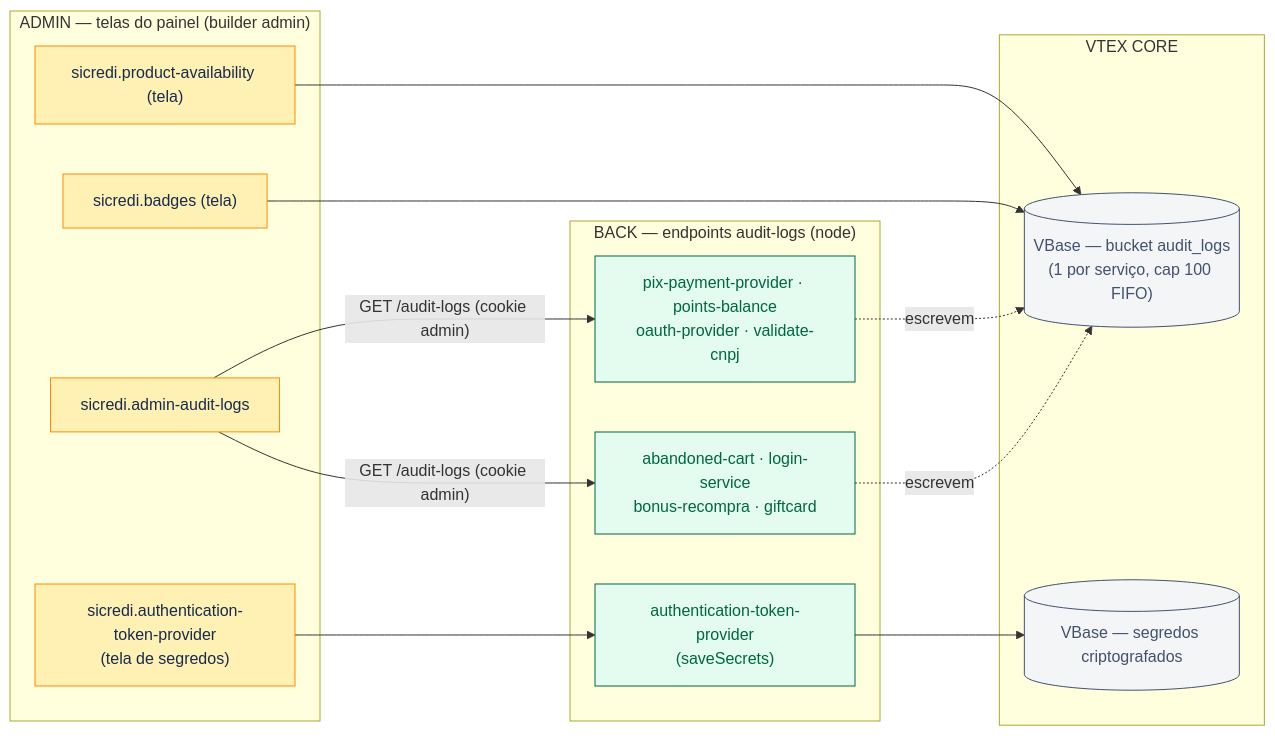
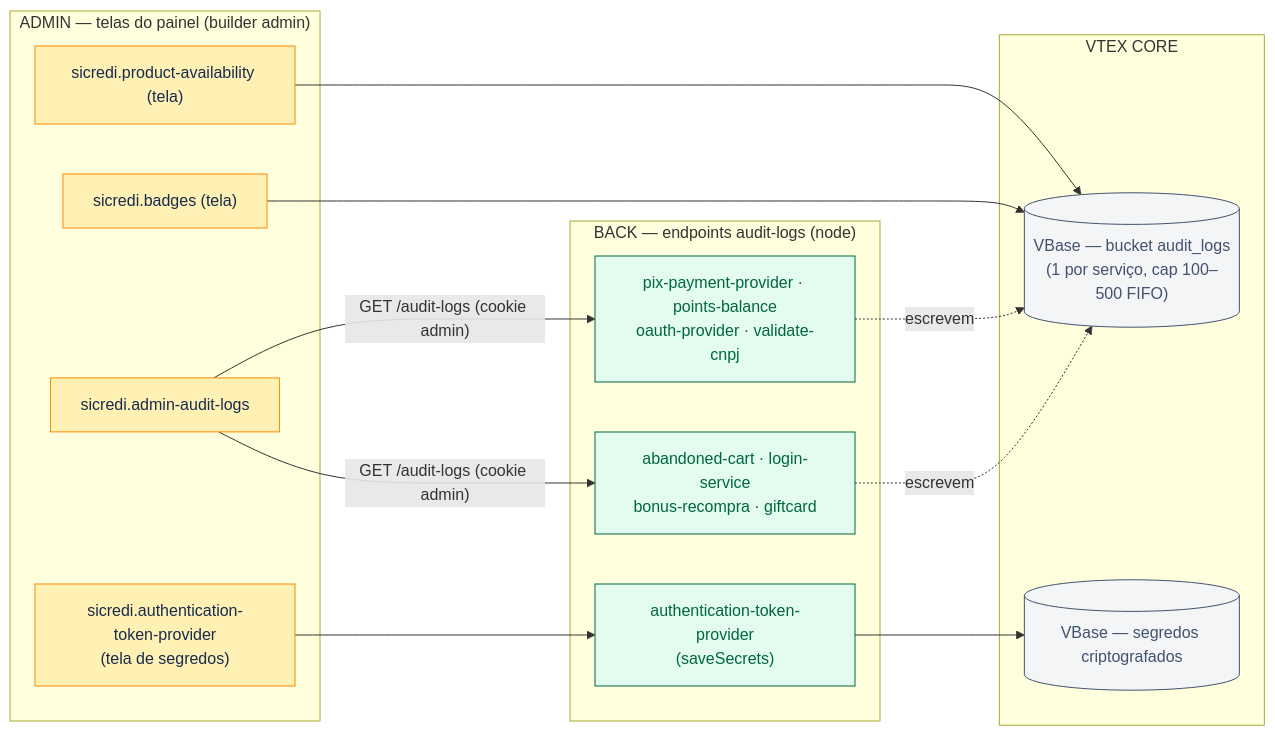
Before and after one commit to Leocadio94/sicredi.documentation: the diagram in diagrams/.src/d6-admin.mmd, drawn with Mermaid. The commit also changed 8 other files, not shown here.

Commit message:
feat: adiciona fluxo da pre-session nos diagramas

```diff
--- a/diagrams/.src/d6-admin.mmd
+++ b/diagrams/.src/d6-admin.mmd
@@ -1,33 +1,33 @@
 flowchart LR
   subgraph ADMIN["ADMIN — telas do painel (builder admin)"]
     aal["sicredi.admin-audit-logs"]:::admin
     atp_a["sicredi.authentication-token-provider<br/>(tela de segredos)"]:::admin
     bdg_a["sicredi.badges (tela)"]:::admin
     pa_a["sicredi.product-availability (tela)"]:::admin
   end
 
   subgraph BACK["BACK — endpoints audit-logs (node)"]
     w1["abandoned-cart · login-service<br/>bonus-recompra · giftcard"]:::back
     w2["pix-payment-provider · points-balance<br/>oauth-provider · validate-cnpj"]:::back
     atp_b["authentication-token-provider<br/>(saveSecrets)"]:::back
   end
 
   subgraph VTEXCORE["VTEX CORE"]
-    vbase[("VBase — bucket audit_logs<br/>(1 por serviço, cap 100 FIFO)")]:::storage
+    vbase[("VBase — bucket audit_logs<br/>(1 por serviço, cap 100–500 FIFO)")]:::storage
     vbsec[("VBase — segredos criptografados")]:::storage
   end
 
   aal -->|"GET /audit-logs (cookie admin)"| w1
   aal -->|"GET /audit-logs (cookie admin)"| w2
   atp_a --> atp_b
   atp_b --> vbsec
   w1 -.->|escrevem| vbase
   w2 -.->|escrevem| vbase
   bdg_a --> vbase
   pa_a --> vbase
 
   classDef front fill:#DEEBFF,stroke:#0747A6,color:#0747A6
   classDef back fill:#E3FCEF,stroke:#006644,color:#006644
   classDef admin fill:#FFF0B3,stroke:#FF8B00,color:#172B4D
   classDef storage fill:#F4F5F7,stroke:#42526E,color:#42526E
   classDef external fill:#FFEBE6,stroke:#BF2600,color:#BF2600,stroke-dasharray:5 5
```
